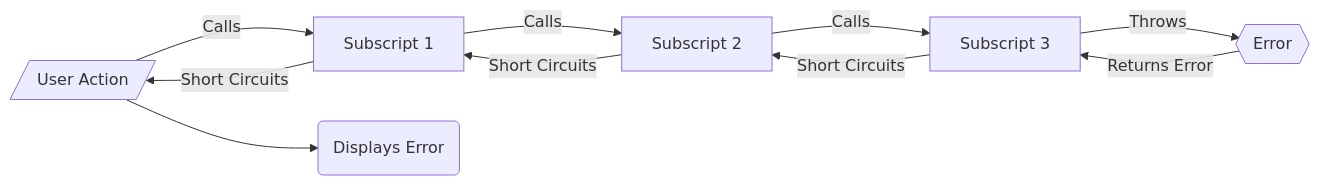
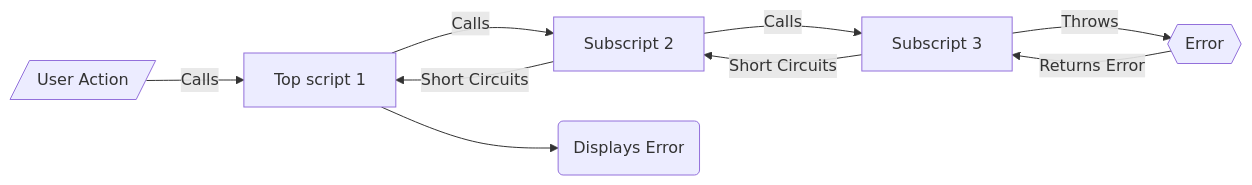
Before and after one commit to CloudChi/FX-Framework: the second of 3 diagrams in Error_Trapping_Returning.md, drawn with Mermaid. The commit also changed other lines of this file and 2 other files, not shown here.

````diff
--- a/Error_Trapping_Returning.md
+++ b/Error_Trapping_Returning.md
@@ -28,12 +32,11 @@
 ```mermaid
 graph LR
-    A[/User Action/] -- Calls --> B[Subscript 1] 
+    A[/User Action/] -- Calls --> B[Top script 1] 
     B -- Calls --> C[Subscript 2] 
     C -- Calls --> D[Subscript 3] 
     D -- Throws --> E{{Error}}
     E -- Returns Error --> D
     D -- Short Circuits --> C
     C -- Short Circuits --> B
-    B -- Short Circuits --> A
-    A --> H(Displays Error)    
+    B --> H(Displays Error)    
 ```
````
